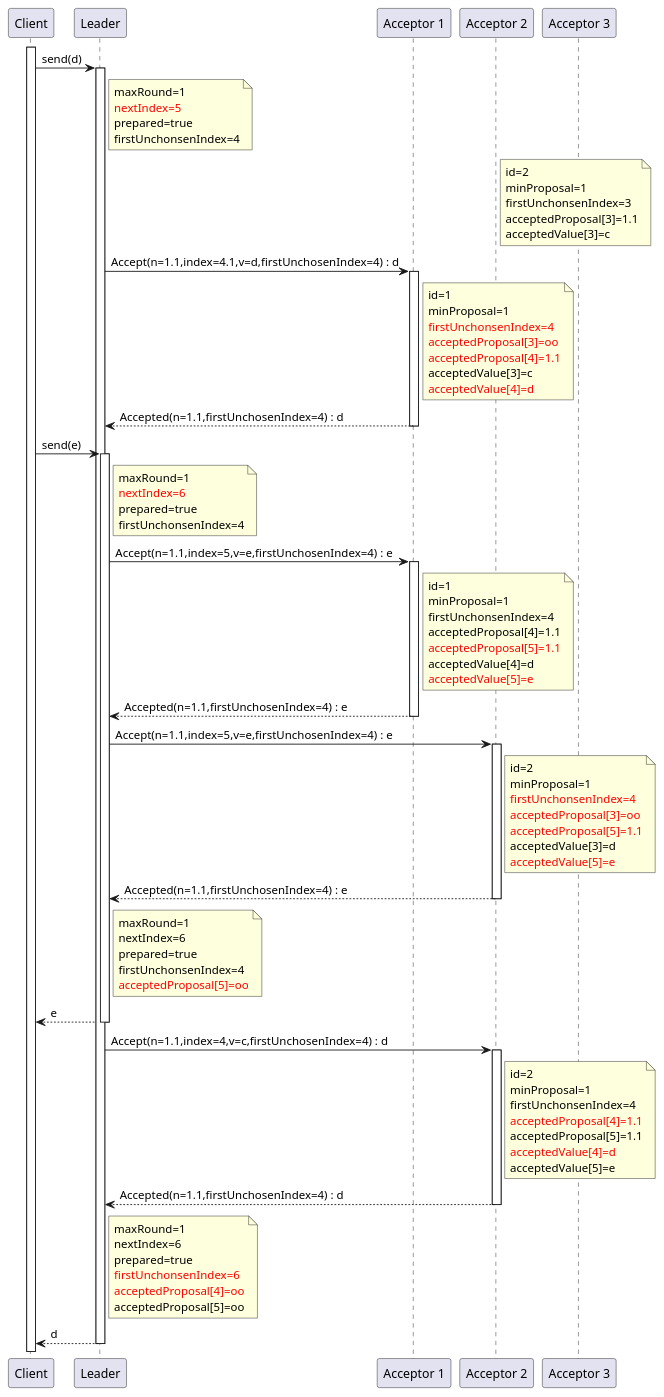
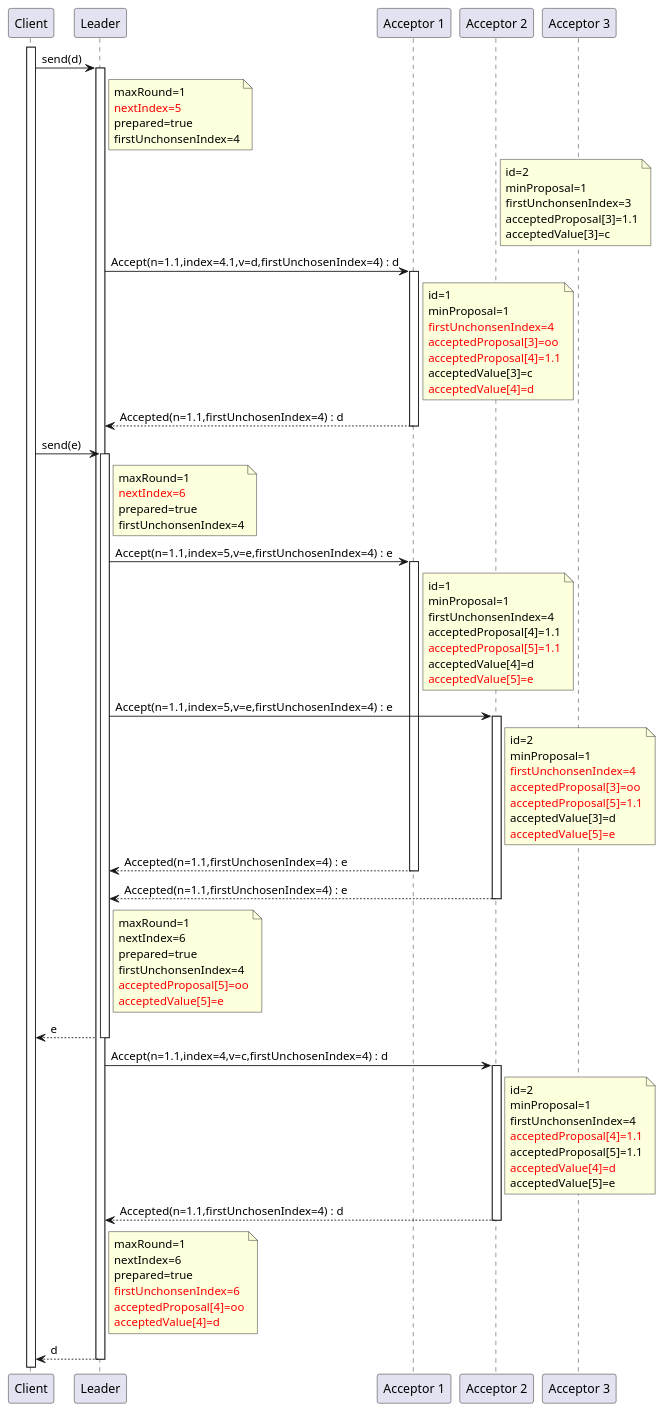
One commit to nocnob/notfound changed the fourth of 4 diagrams in src/pages/posts/distribution-paxos-multi.adoc. Above: the diagram before and after it, drawn with PlantUML. The commit also changed other lines of this file and 1 other file, not shown here.

```diff
--- a/src/pages/posts/distribution-paxos-multi.adoc
+++ b/src/pages/posts/distribution-paxos-multi.adoc
@@ -440,6 +478,7 @@
     firstUnchonsenIndex=4
 end note
     l -> a1 : Accept(n=1.1,index=5,v=e,firstUnchosenIndex=4) : e
+    activate a1
     note right a1
         id=1
         minProposal=1
@@ -449,9 +488,6 @@
         acceptedValue[4]=d
         <font color=red>acceptedValue[5]=e
     end note
-    activate a1
-    l <-- a1 : Accepted(n=1.1,firstUnchosenIndex=4) : e
-    deactivate a1
 
     l -> a2 : Accept(n=1.1,index=5,v=e,firstUnchosenIndex=4) : e
     activate a2
@@ -464,6 +500,8 @@
         acceptedValue[3]=d
         <font color=red>acceptedValue[5]=e
     end note
+    l <-- a1 : Accepted(n=1.1,firstUnchosenIndex=4) : e
+    deactivate a1
     l <-- a2 : Accepted(n=1.1,firstUnchosenIndex=4) : e
     deactivate a2
 note right l
@@ -472,6 +510,7 @@
     prepared=true
     firstUnchonsenIndex=4
     <font color=red>acceptedProposal[5]=oo
+    <font color=red>acceptedValue[5]=e
 end note
 c <-- l : e
 deactivate l
@@ -496,7 +535,7 @@
         prepared=true
         <font color=red>firstUnchonsenIndex=6
         <font color=red>acceptedProposal[4]=oo
-        acceptedProposal[5]=oo
+        <font color=red>acceptedValue[4]=d
     end note
 c <-- l : d
 deactivate l
```
